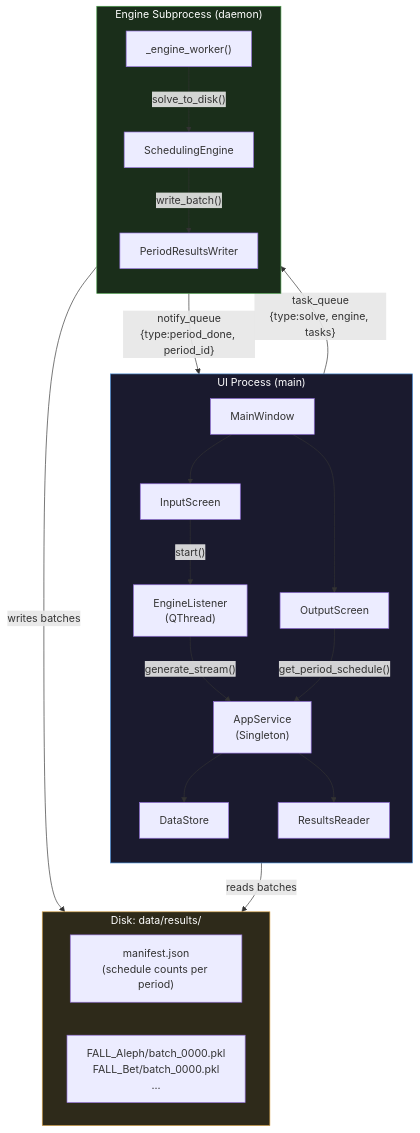
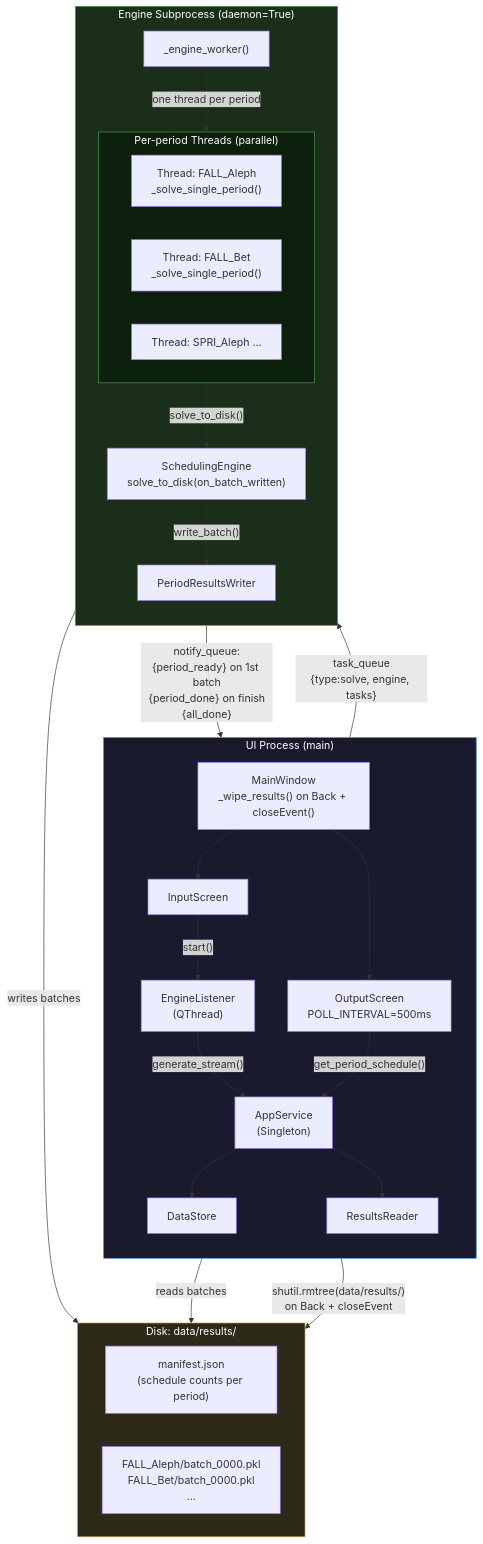
Before and after one commit to Project-SE-year-2/Project-SE-year-2: the diagram in docs/UML/raw files/MultiProcessArchitectureDiagram.mmd, drawn with Mermaid. The commit also changed 2 other files, not shown here.

```diff
--- a/docs/UML/raw files/MultiProcessArchitectureDiagram.mmd
+++ b/docs/UML/raw files/MultiProcessArchitectureDiagram.mmd
@@ -1,43 +1,52 @@
 flowchart TD
     subgraph UIProcess["UI Process (main)"]
         direction TB
-        MainWindow["MainWindow"]
+        MainWindow["MainWindow\n_wipe_results() on Back + closeEvent()"]
         InputScreen["InputScreen"]
-        OutputScreen["OutputScreen"]
+        OutputScreen["OutputScreen\nPOLL_INTERVAL=500ms"]
         EngineListener["EngineListener\n(QThread)"]
         AppService["AppService\n(Singleton)"]
         ResultsReader["ResultsReader"]
         DataStore["DataStore"]
 
         MainWindow --> InputScreen
         MainWindow --> OutputScreen
         InputScreen -->|"start()"| EngineListener
         EngineListener -->|"generate_stream()"| AppService
         AppService --> DataStore
         AppService --> ResultsReader
         OutputScreen -->|"get_period_schedule()"| AppService
     end
 
-    subgraph EngineSubprocess["Engine Subprocess (daemon)"]
+    subgraph EngineSubprocess["Engine Subprocess (daemon=True)"]
         direction TB
         EngineWorker["_engine_worker()"]
-        SchedulingEngine["SchedulingEngine"]
+        subgraph Threads["Per-period Threads (parallel)"]
+            direction LR
+            T1["Thread: FALL_Aleph\n_solve_single_period()"]
+            T2["Thread: FALL_Bet\n_solve_single_period()"]
+            T3["Thread: SPRI_Aleph …"]
+        end
+        SchedulingEngine["SchedulingEngine\nsolve_to_disk(on_batch_written)"]
         PeriodResultsWriter["PeriodResultsWriter"]
 
-        EngineWorker -->|"solve_to_disk()"| SchedulingEngine
+        EngineWorker -->|"one thread per period"| Threads
+        Threads -->|"solve_to_disk()"| SchedulingEngine
         SchedulingEngine -->|"write_batch()"| PeriodResultsWriter
     end
 
     subgraph DiskStorage["Disk: data/results/"]
         Manifest["manifest.json\n(schedule counts per period)"]
         Batches["FALL_Aleph/batch_0000.pkl\nFALL_Bet/batch_0000.pkl\n..."]
     end
 
     AppService -->|"task_queue\n{type:solve, engine, tasks}"| EngineSubprocess
-    EngineSubprocess -->|"notify_queue\n{type:period_done, period_id}"| AppService
+    EngineSubprocess -->|"notify_queue:\n{period_ready} on 1st batch\n{period_done} on finish\n{all_done}"| AppService
     PeriodResultsWriter -->|"writes batches"| DiskStorage
     ResultsReader -->|"reads batches"| DiskStorage
+    MainWindow -->|"shutil.rmtree(data/results/)\non Back + closeEvent"| DiskStorage
 
     style UIProcess fill:#1a1a2e,stroke:#4a90d9,color:#ffffff
     style EngineSubprocess fill:#1a2e1a,stroke:#4a9d4a,color:#ffffff
+    style Threads fill:#0d1f0d,stroke:#4a9d4a,color:#ffffff
     style DiskStorage fill:#2e2a1a,stroke:#d9a44a,color:#ffffff
```
